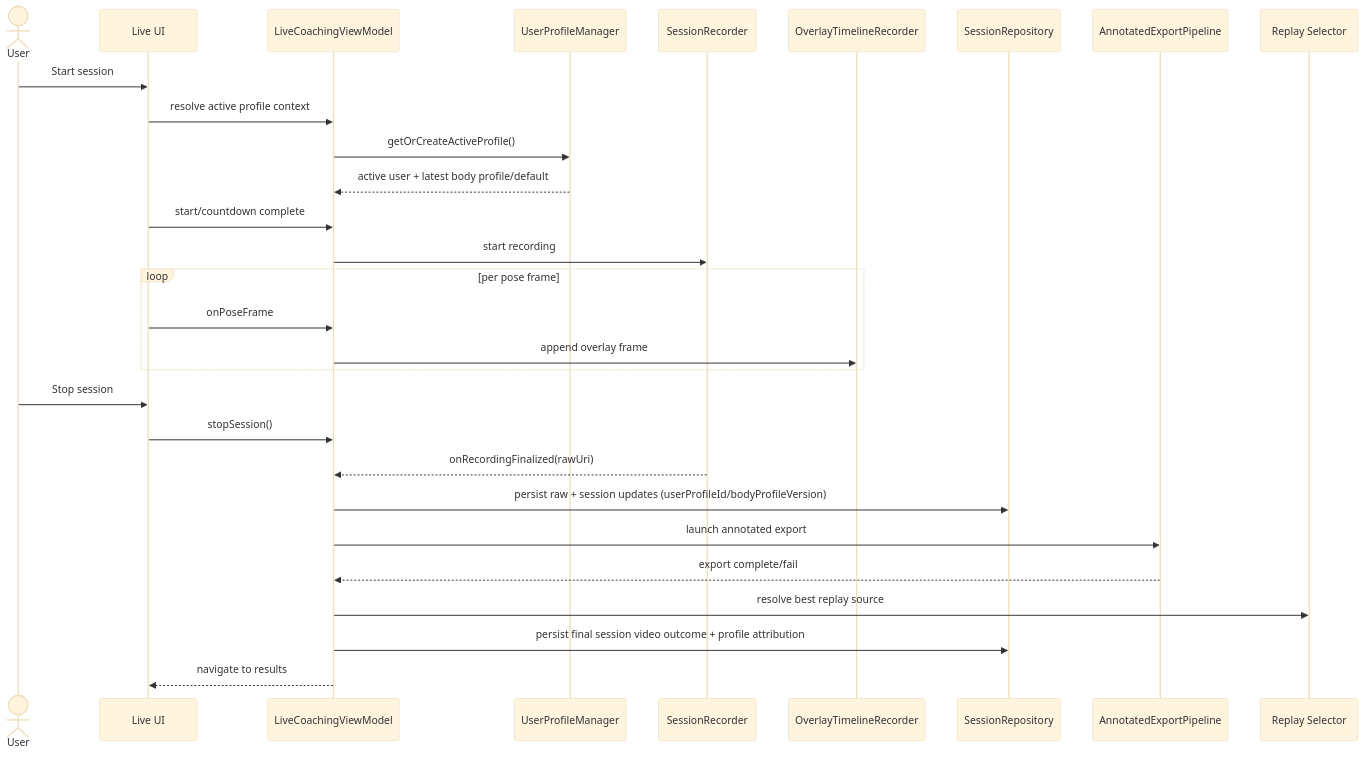
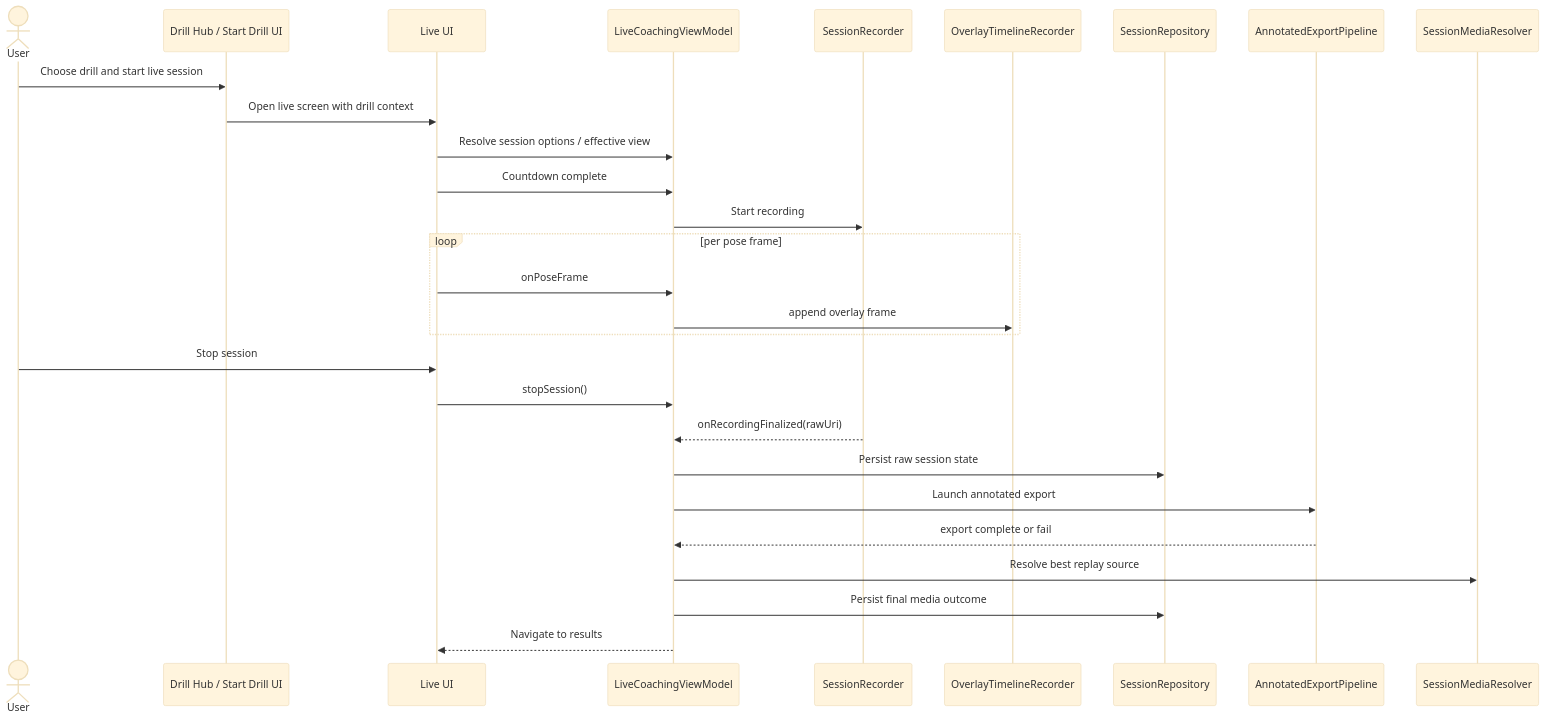
The diagram in docs/diagrams/sequence-live-session.md (Voycepeh/Handstand-App), drawn with Mermaid (base theme) before and after one commit. The commit also changed 14 other files, not shown here.

Commit message:
docs: realign repo docs and diagrams with current drill-centric workflows

````diff
--- a/docs/diagrams/sequence-live-session.md
+++ b/docs/diagrams/sequence-live-session.md
@@ -3,32 +3,31 @@
 ```mermaid
 sequenceDiagram
-  actor User
-  participant UI as Live UI
-  participant VM as LiveCoachingViewModel
-  participant UPM as UserProfileManager
-  participant REC as SessionRecorder
-  participant OC as OverlayTimelineRecorder
-  participant REPO as SessionRepository
-  participant EXP as AnnotatedExportPipeline
-  participant SEL as Replay Selector
+    actor User
+    participant HUB as Drill Hub / Start Drill UI
+    participant UI as Live UI
+    participant VM as LiveCoachingViewModel
+    participant REC as SessionRecorder
+    participant OC as OverlayTimelineRecorder
+    participant REPO as SessionRepository
+    participant EXP as AnnotatedExportPipeline
+    participant RES as SessionMediaResolver
 
-  User->>UI: Start session
-  UI->>VM: resolve active profile context
-  VM->>UPM: getOrCreateActiveProfile()
-  UPM-->>VM: active user + latest body profile/default
-  UI->>VM: start/countdown complete
-  VM->>REC: start recording
-  loop per pose frame
-    UI->>VM: onPoseFrame
-    VM->>OC: append overlay frame
-  end
-  User->>UI: Stop session
-  UI->>VM: stopSession()
-  REC-->>VM: onRecordingFinalized(rawUri)
-  VM->>REPO: persist raw + session updates (userProfileId/bodyProfileVersion)
-  VM->>EXP: launch annotated export
-  EXP-->>VM: export complete/fail
-  VM->>SEL: resolve best replay source
-  VM->>REPO: persist final session video outcome + profile attribution
-  VM-->>UI: navigate to results
+    User->>HUB: Choose drill and start live session
+    HUB->>UI: Open live screen with drill context
+    UI->>VM: Resolve session options / effective view
+    UI->>VM: Countdown complete
+    VM->>REC: Start recording
+    loop per pose frame
+      UI->>VM: onPoseFrame
+      VM->>OC: append overlay frame
+    end
+    User->>UI: Stop session
+    UI->>VM: stopSession()
+    REC-->>VM: onRecordingFinalized(rawUri)
+    VM->>REPO: Persist raw session state
+    VM->>EXP: Launch annotated export
+    EXP-->>VM: export complete or fail
+    VM->>RES: Resolve best replay source
+    VM->>REPO: Persist final media outcome
+    VM-->>UI: Navigate to results
 ```
````
